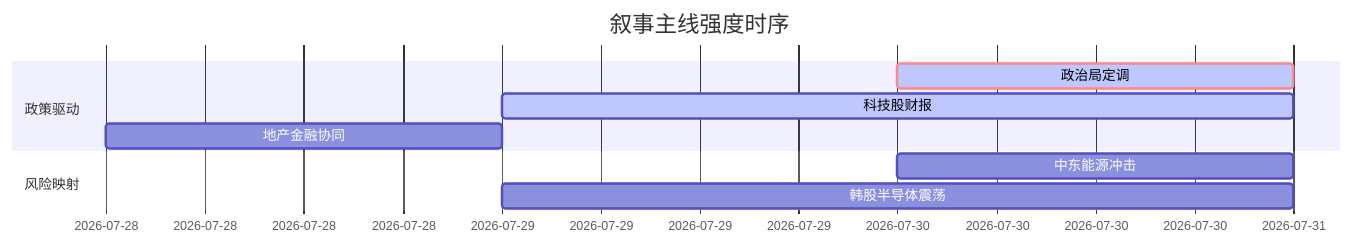
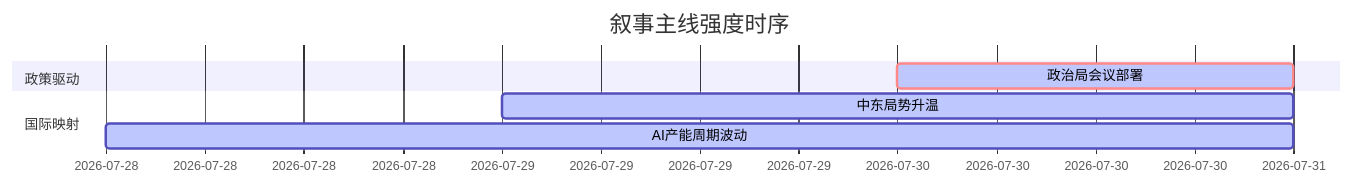
The diagram in 5day_report.md (uu5zn/uu5zn.github.io), drawn with Mermaid before and after one commit. The commit also changed other lines of this file and 21 other files, not shown here.

````diff
--- a/5day_report.md
+++ b/5day_report.md
@@ -54,13 +54,11 @@
 ```mermaid
 gantt
     title 叙事主线强度时序
     dateFormat  YYYY-MM-DD
     section 政策驱动
-    政治局定调      :crit, active, 2026-07-30, 1d
-    科技股财报      :active, 2026-07-29, 2d
-    地产金融协同    :2026-07-28, 1d
+    政治局会议部署   :crit, active, 2026-07-30, 1d
     
-    section 风险映射
-    中东能源冲击    :2026-07-30, 1d
-    韩股半导体震荡  :2026-07-29, 2d
+    section 国际映射
+    中东局势升温     :active, 2026-07-29, 2d
+    AI产能周期波动   :active, 2026-07-28, 3d
 ```
````
